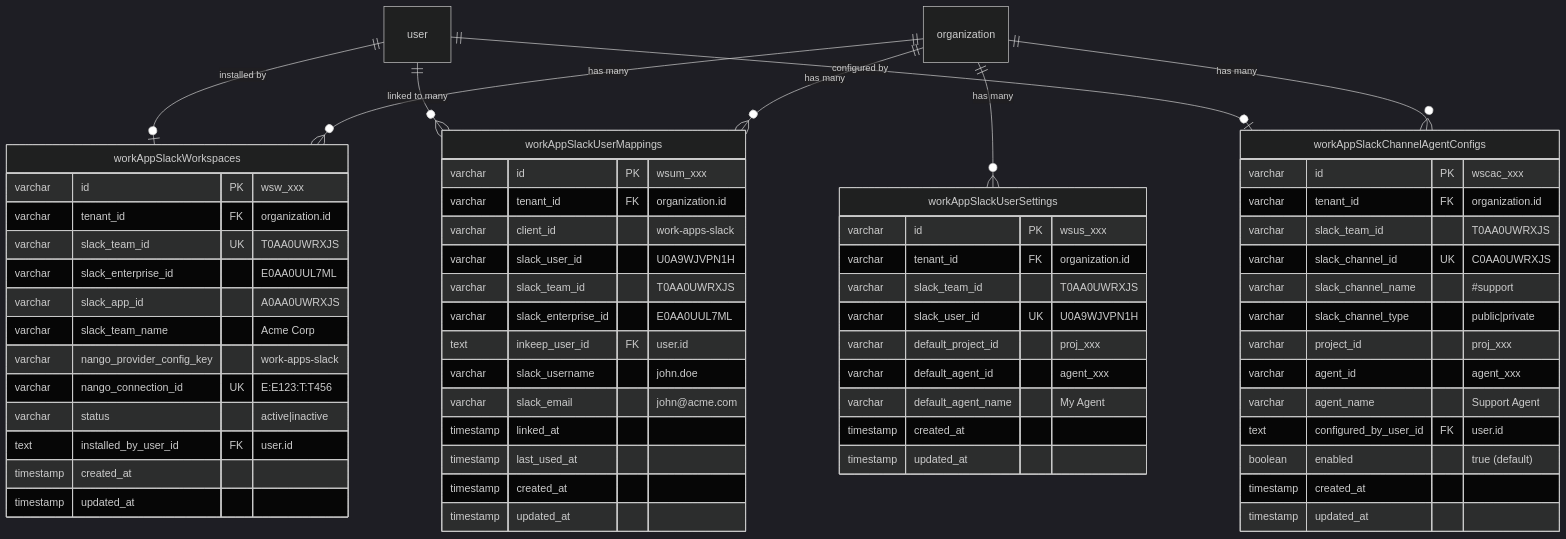
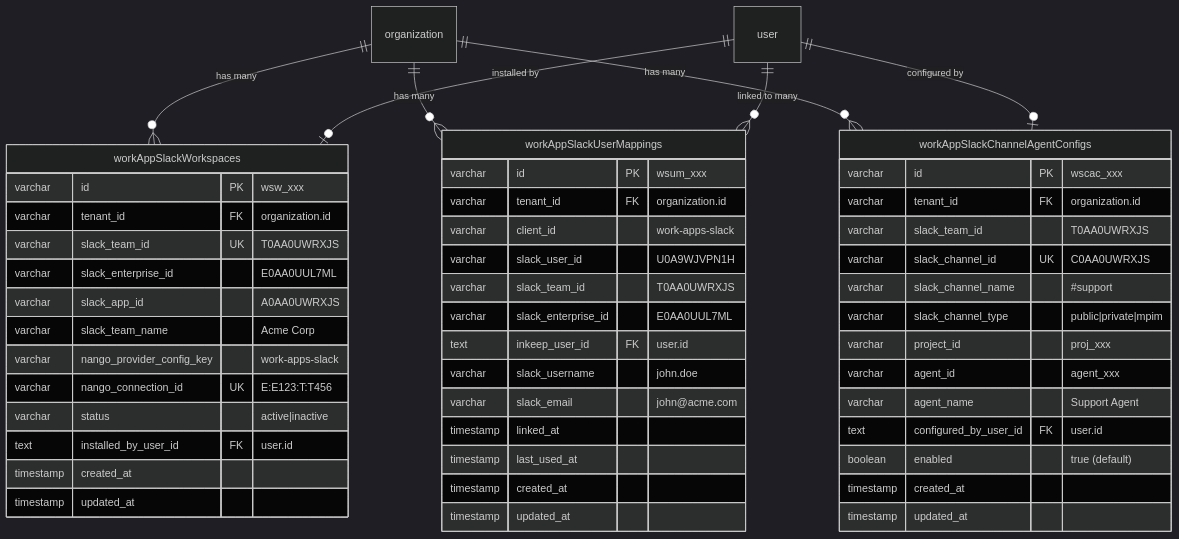
Before and after one commit to inkeep/agents: the diagram in packages/agents-work-apps/src/slack/docs/spec/DATABASE.md, drawn with Mermaid (dark theme). The commit also changed other lines of this file and 21 other files, not shown here.

First line of the commit message:
docs(slack): update documentation to reflect user settings removal

````diff
--- a/packages/agents-work-apps/src/slack/docs/spec/DATABASE.md
+++ b/packages/agents-work-apps/src/slack/docs/spec/DATABASE.md
@@ -7,69 +7,56 @@
 ```mermaid
 erDiagram
     organization ||--o{ workAppSlackWorkspaces : "has many"
     organization ||--o{ workAppSlackUserMappings : "has many"
     organization ||--o{ workAppSlackChannelAgentConfigs : "has many"
-    organization ||--o{ workAppSlackUserSettings : "has many"
     user ||--o{ workAppSlackUserMappings : "linked to many"
     user ||--o| workAppSlackWorkspaces : "installed by"
     user ||--o| workAppSlackChannelAgentConfigs : "configured by"
 
     workAppSlackWorkspaces {
         varchar id PK "wsw_xxx"
         varchar tenant_id FK "organization.id"
         varchar slack_team_id UK "T0AA0UWRXJS"
         varchar slack_enterprise_id "E0AA0UUL7ML"
         varchar slack_app_id "A0AA0UWRXJS"
         varchar slack_team_name "Acme Corp"
         varchar nango_provider_config_key "work-apps-slack"
         varchar nango_connection_id UK "E:E123:T:T456"
         varchar status "active|inactive"
         text installed_by_user_id FK "user.id"
         timestamp created_at
         timestamp updated_at
     }
 
     workAppSlackUserMappings {
         varchar id PK "wsum_xxx"
         varchar tenant_id FK "organization.id"
         varchar client_id "work-apps-slack"
         varchar slack_user_id "U0A9WJVPN1H"
         varchar slack_team_id "T0AA0UWRXJS"
         varchar slack_enterprise_id "E0AA0UUL7ML"
         text inkeep_user_id FK "user.id"
         varchar slack_username "john.doe"
         varchar slack_email "john@acme.com"
         timestamp linked_at
         timestamp last_used_at
         timestamp created_at
         timestamp updated_at
     }
 
     workAppSlackChannelAgentConfigs {
         varchar id PK "wscac_xxx"
         varchar tenant_id FK "organization.id"
         varchar slack_team_id "T0AA0UWRXJS"
         varchar slack_channel_id UK "C0AA0UWRXJS"
         varchar slack_channel_name "#support"
-        varchar slack_channel_type "public|private"
+        varchar slack_channel_type "public|private|mpim"
         varchar project_id "proj_xxx"
         varchar agent_id "agent_xxx"
         varchar agent_name "Support Agent"
         text configured_by_user_id FK "user.id"
         boolean enabled "true (default)"
         timestamp created_at
         timestamp updated_at
     }
-
-    workAppSlackUserSettings {
-        varchar id PK "wsus_xxx"
-        varchar tenant_id FK "organization.id"
-        varchar slack_team_id "T0AA0UWRXJS"
-        varchar slack_user_id UK "U0A9WJVPN1H"
-        varchar default_project_id "proj_xxx"
-        varchar default_agent_id "agent_xxx"
-        varchar default_agent_name "My Agent"
-        timestamp created_at
-        timestamp updated_at
-    }
 ```
````
